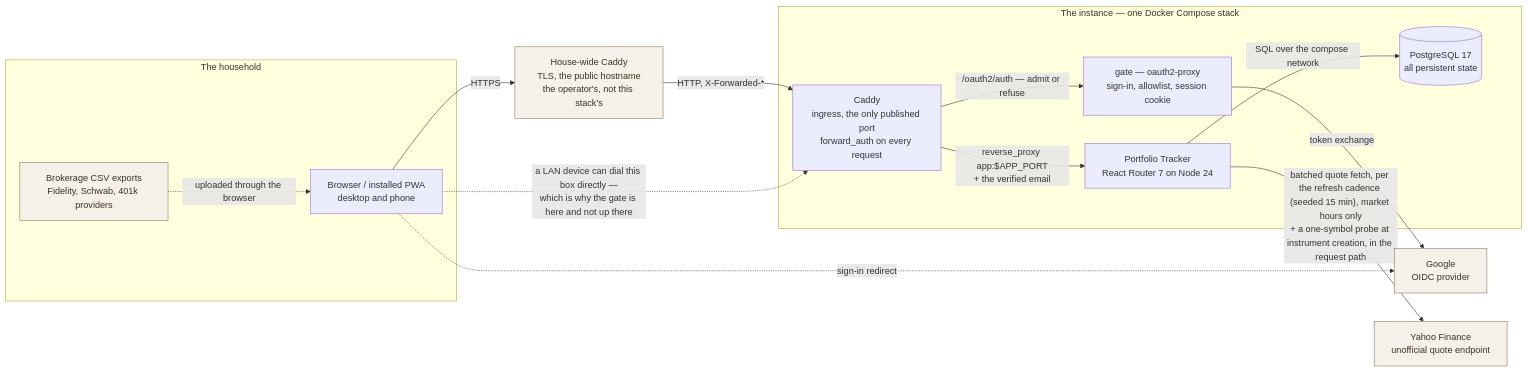
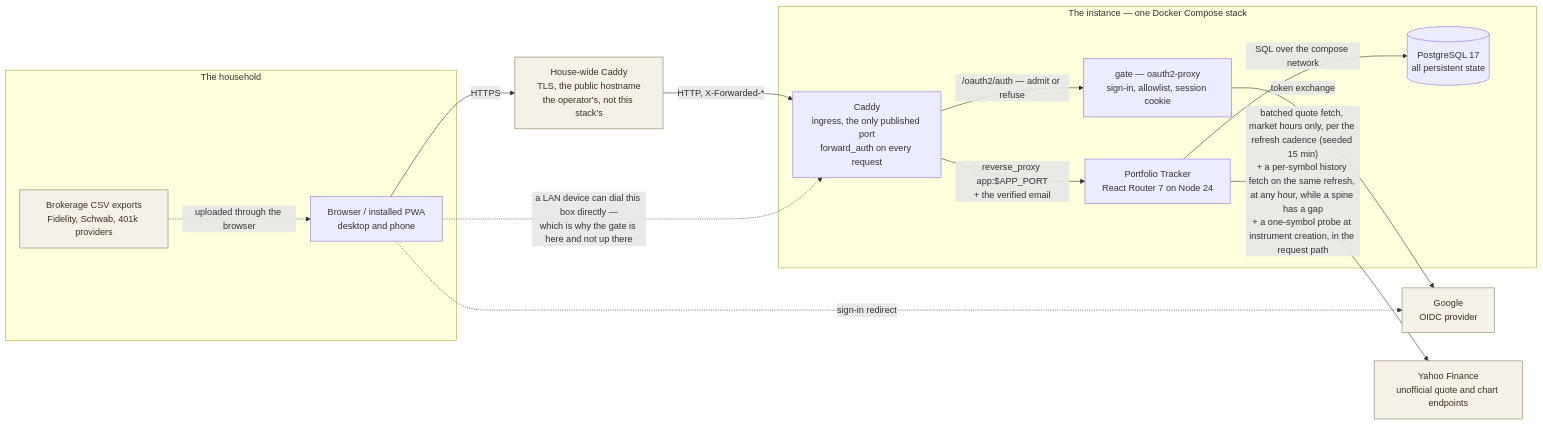
The first of 11 diagrams in ARCHITECTURE.md (chethan123/portfolio), drawn with Mermaid before and after one commit. The commit also changed other lines of this file and 14 other files, not shown here.

````diff
--- a/ARCHITECTURE.md
+++ b/ARCHITECTURE.md
@@ -58,33 +58,33 @@
 ```mermaid
 graph LR
     subgraph household["The household"]
         browser["Browser / installed PWA<br/>desktop and phone"]
         csv["Brokerage CSV exports<br/>Fidelity, Schwab, 401k providers"]
     end
 
     house["House-wide Caddy<br/>TLS, the public hostname<br/>the operator's, not this stack's"]
 
     subgraph instance["The instance — one Docker Compose stack"]
         caddy["Caddy<br/>ingress, the only published port<br/>forward_auth on every request"]
         gate["gate — oauth2-proxy<br/>sign-in, allowlist, session cookie"]
         app["Portfolio Tracker<br/>React Router 7 on Node 24"]
         db[("PostgreSQL 17<br/>all persistent state")]
     end
 
     google["Google<br/>OIDC provider"]
-    yahoo["Yahoo Finance<br/>unofficial quote endpoint"]
+    yahoo["Yahoo Finance<br/>unofficial quote and chart endpoints"]
 
     browser -->|HTTPS| house
     house -->|"HTTP, X-Forwarded-*"| caddy
     browser -.->|"a LAN device can dial this box directly —<br/>which is why the gate is here and not up there"| caddy
     caddy -->|"/oauth2/auth — admit or refuse"| gate
     caddy -->|"reverse_proxy app:$APP_PORT<br/>+ the verified email"| app
     gate -->|"token exchange"| google
     browser -.->|"sign-in redirect"| google
     csv -.->|"uploaded through the browser"| browser
     app -->|SQL over the compose network| db
-    app -->|"batched quote fetch, per the refresh cadence (seeded 15 min), market hours only<br/>+ a one-symbol probe at instrument creation, in the request path"| yahoo
+    app -->|"batched quote fetch, market hours only, per the refresh cadence (seeded 15 min)<br/>+ a per-symbol history fetch on the same refresh, at any hour, while a spine has a gap<br/>+ a one-symbol probe at instrument creation, in the request path"| yahoo
 
     classDef ext fill:#f5f0e8,stroke:#8a7a5c,color:#3b3222
     class yahoo,csv,google,house ext
 ```
````
